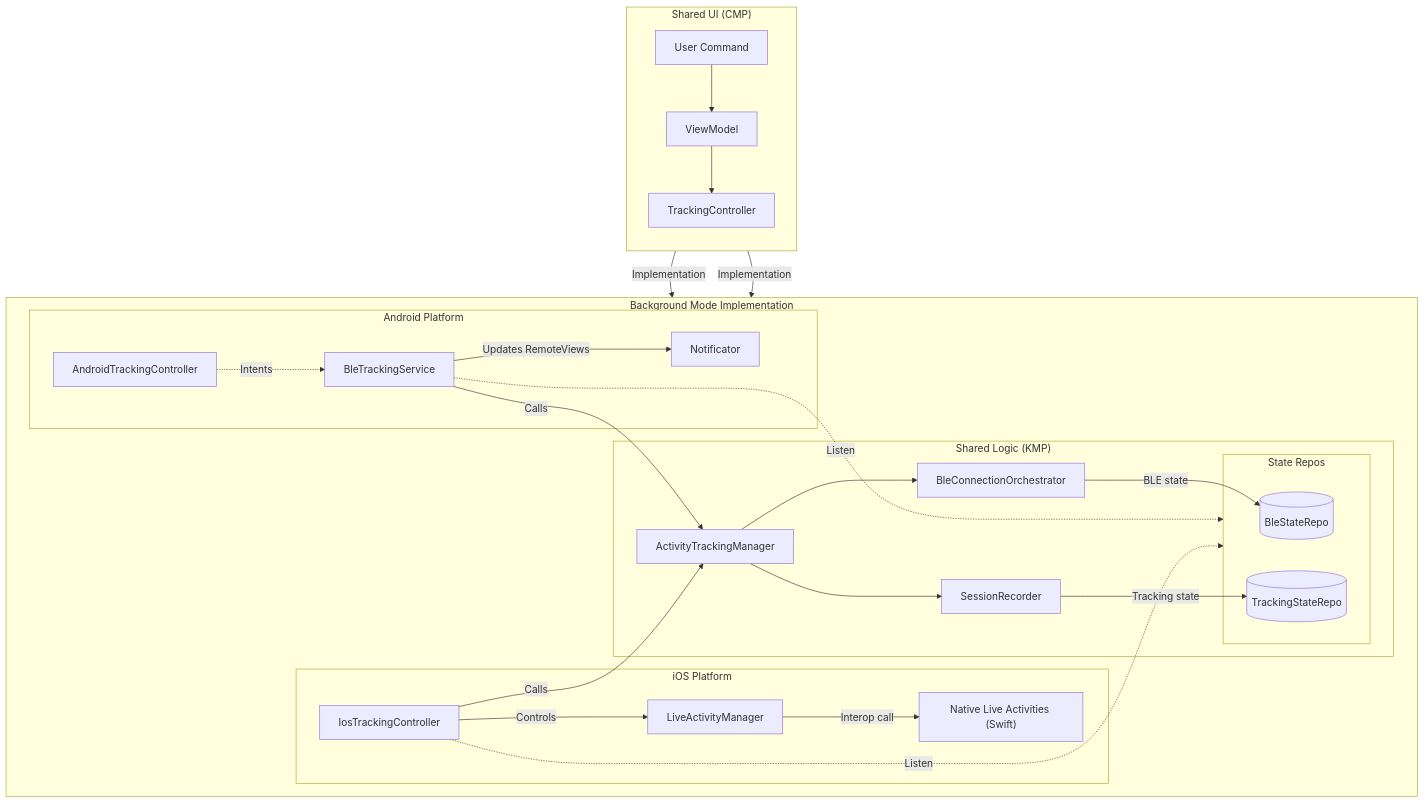
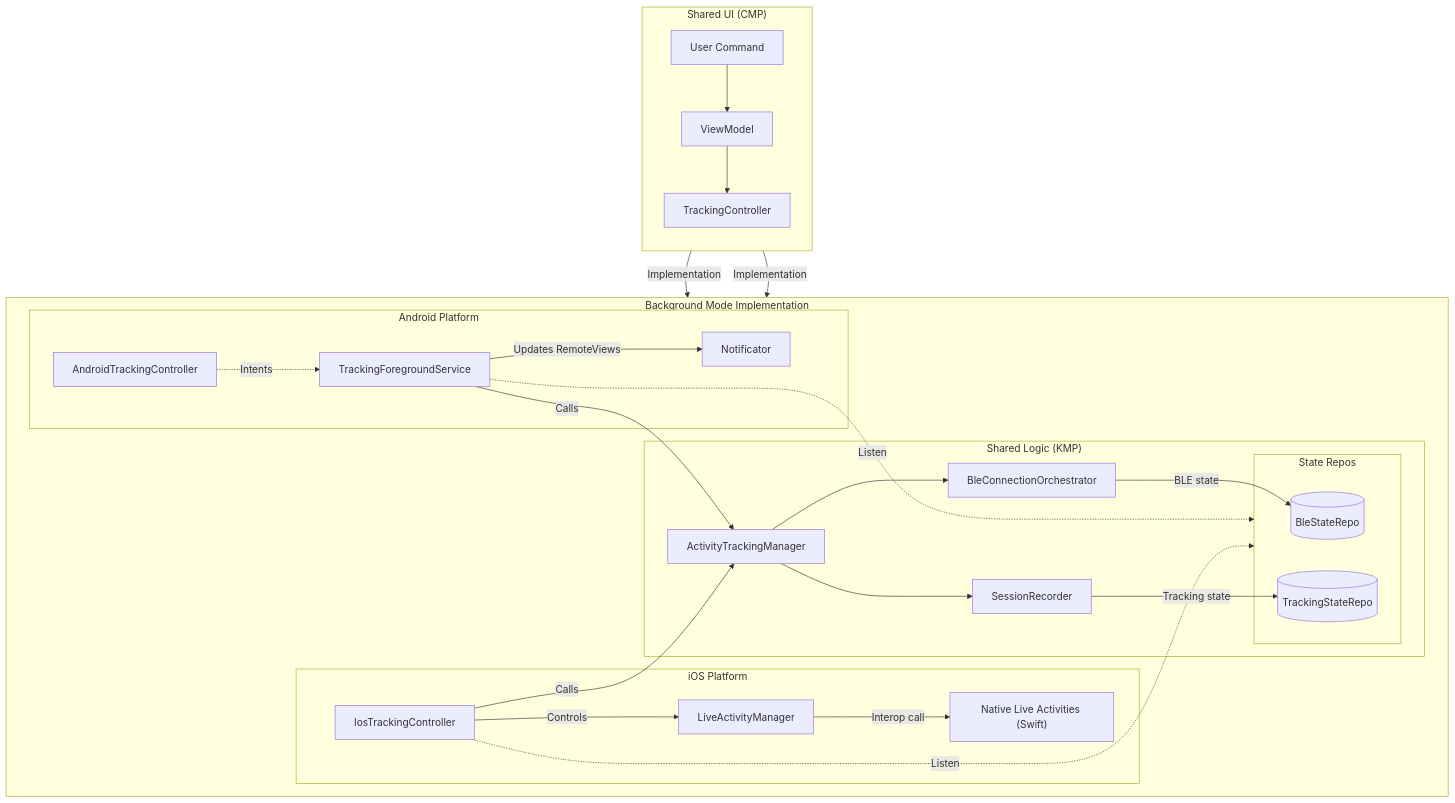
One commit to AnatoliiChub/HRAM changed the fourth of 4 diagrams in README.md. Above: the diagram before and after it, drawn with Mermaid. The commit also changed other lines of this file and 3 other files, not shown here.

````diff
--- a/README.md
+++ b/README.md
@@ -536,63 +536,63 @@
 ```mermaid
 flowchart TB
     %% Shared UI
     subgraph CMP ["Shared UI (CMP)"]
         direction TB
         UI[User Command]
         VM[ViewModel]
         TC_Shared[TrackingController]
 
         UI --> VM
         VM --> TC_Shared
     end
 
     %% Background Mode
     subgraph BG ["Background Mode Implementation"]
         direction LR
 
         %% Android Platform
         subgraph Android ["Android Platform"]
             TC_And[AndroidTrackingController]
-            Service[BleTrackingService]
+            Service[TrackingForegroundService]
             Notif[Notificator]
 
             Service -- "Updates RemoteViews" --> Notif
         end
 
         %% Shared KMP
         subgraph KMP ["Shared Logic (KMP)"]
             ATM[ActivityTrackingManager]
             BCO[BleConnectionOrchestrator]
             SR[SessionRecorder]
 
             subgraph Storage ["State Repos"]
                 BleRepo[(BleStateRepo)]
                 TrackRepo[(TrackingStateRepo)]
             end
 
             ATM --> BCO
             ATM --> SR
             BCO -- "BLE state" --> BleRepo
             SR -- "Tracking state" --> TrackRepo
         end
 
         %% iOS Platform
         subgraph iOS ["iOS Platform"]
             TC_iOS[IosTrackingController]
             LAM[LiveActivityManager]
             LA["Native Live Activities (Swift)"]
 
             TC_iOS -- "Controls" --> LAM
             LAM -- "Interop call" --> LA
         end
     end
 
     %% Cross-layer connections
     TC_Shared -- "Implementation" --> TC_And
     TC_Shared -- "Implementation" --> TC_iOS
     TC_And -. "Intents" .-> Service
     Service -- "Calls" --> ATM
     TC_iOS -- "Calls" --> ATM
     Service -. "Listen" .-> Storage
     TC_iOS -. "Listen" .-> Storage
 ```
````
